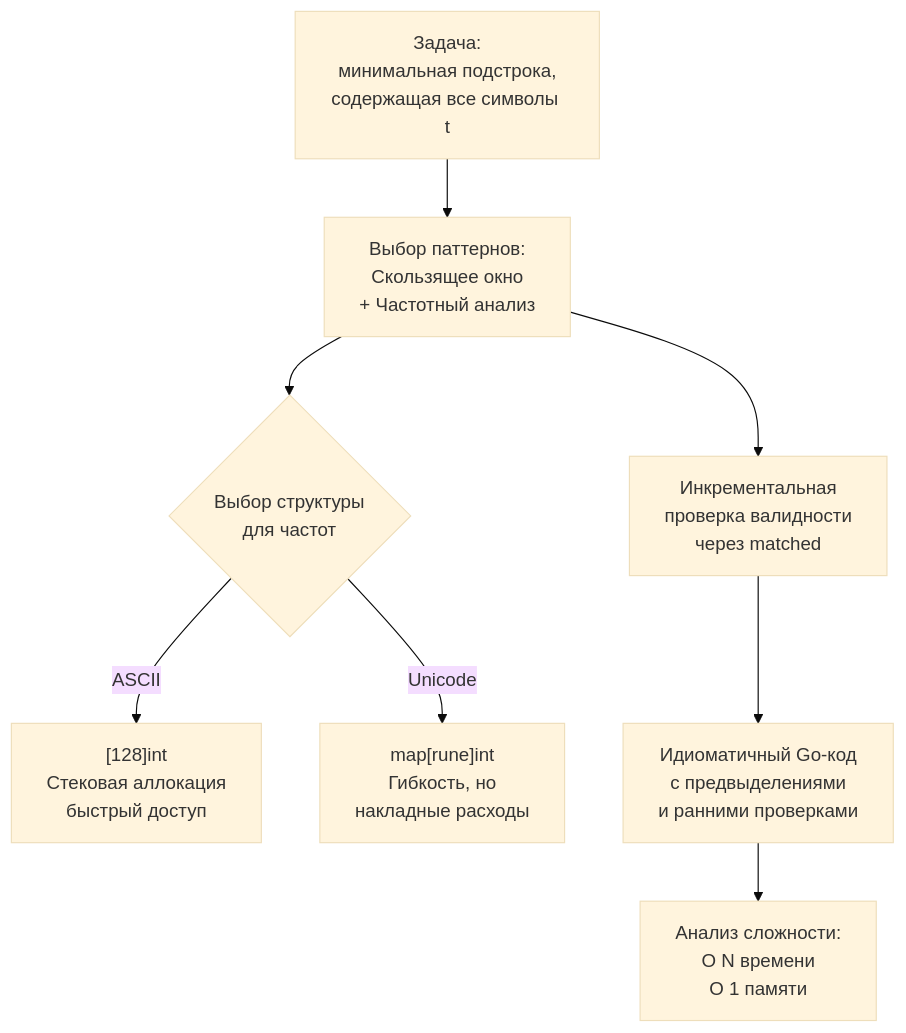
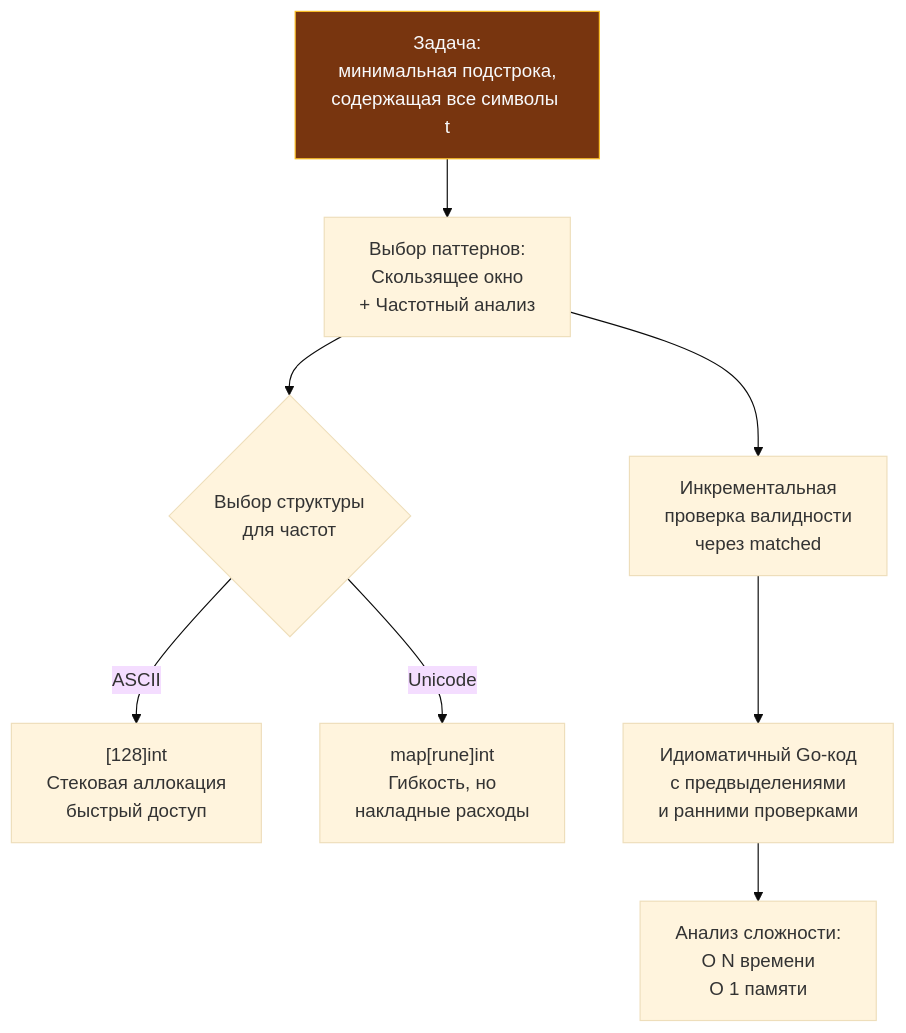
The diagram in sources/21. Задачи с LeetCode и собеседований на Go/01. Теория/14. Разбор задачи от условия до кода.md (UnrealTemplier/go-textbook), drawn with Mermaid (base theme) before and after one commit. The commit also changed 1666 other files, not shown here.

First line of the commit message:
feat(mermaid): add semantic color classDef to 1369 colorless flowchart/graph diagrams

````diff
--- a/sources/21. Задачи с LeetCode и собеседований на Go/01. Теория/14. Разбор задачи от условия до кода.md
+++ b/sources/21. Задачи с LeetCode и собеседований на Go/01. Теория/14. Разбор задачи от условия до кода.md
@@ -184,10 +184,20 @@
 ```mermaid
 flowchart TD
-    Start["Задача:<br>минимальная подстрока,<br>содержащая все символы t"] --> Choose["Выбор паттернов:<br>Скользящее окно<br>+ Частотный анализ"]
+    classDef process  fill:#1e293b,stroke:#38bdf8,stroke-width:1px,color:#f8fafc
+    classDef success  fill:#064e3b,stroke:#34d399,stroke-width:1px,color:#f8fafc
+    classDef error    fill:#7f1d1d,stroke:#f87171,stroke-width:1px,color:#f8fafc
+    classDef warning  fill:#78350f,stroke:#fbbf24,stroke-width:1px,color:#f8fafc
+    classDef entry    fill:#1e3a5f,stroke:#38bdf8,stroke-width:2px,color:#f8fafc
+    classDef aux      fill:#334155,stroke:#64748b,stroke-width:1px,color:#f8fafc
+    classDef system   fill:#312e81,stroke:#a78bfa,stroke-width:1px,color:#f8fafc
+    classDef data     fill:#132d29,stroke:#2dd4bf,stroke-width:1px,color:#f8fafc
+    classDef network  fill:#881337,stroke:#fb7185,stroke-width:1px,color:#f8fafc
+    classDef accent   fill:#1e1b4b,stroke:#818cf8,stroke-width:1px,color:#f8fafc
+    Start["Задача:<br>минимальная подстрока,<br>содержащая все символы t"]:::warning --> Choose["Выбор паттернов:<br>Скользящее окно<br>+ Частотный анализ"]
     Choose --> Struct{"Выбор структуры<br>для частот"}
     Struct -->|"ASCII"| Array["[128]int<br>Стековая аллокация<br>быстрый доступ"]
     Struct -->|"Unicode"| Map["map[rune]int<br>Гибкость, но<br>накладные расходы"]
     Choose --> Logic["Инкрементальная<br>проверка валидности<br>через matched"]
     Logic --> Code["Идиоматичный Go-код<br>с предвыделениями<br>и ранними проверками"]
     Code --> Comp["Анализ сложности:<br>O N времени<br>O 1 памяти"]
 ```
````
